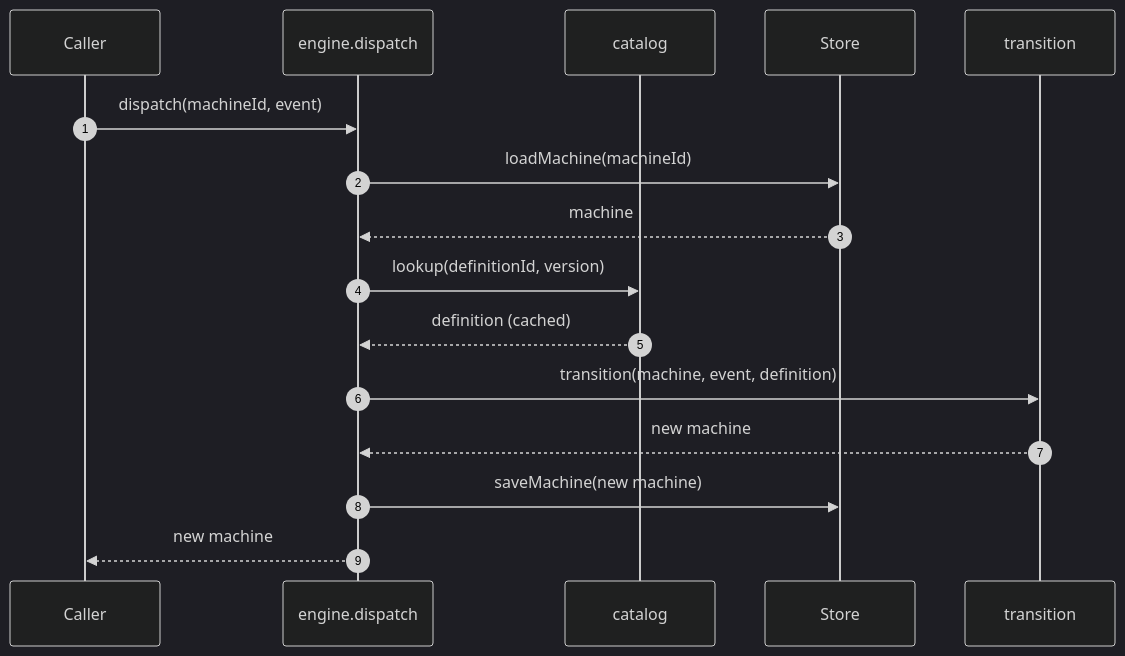
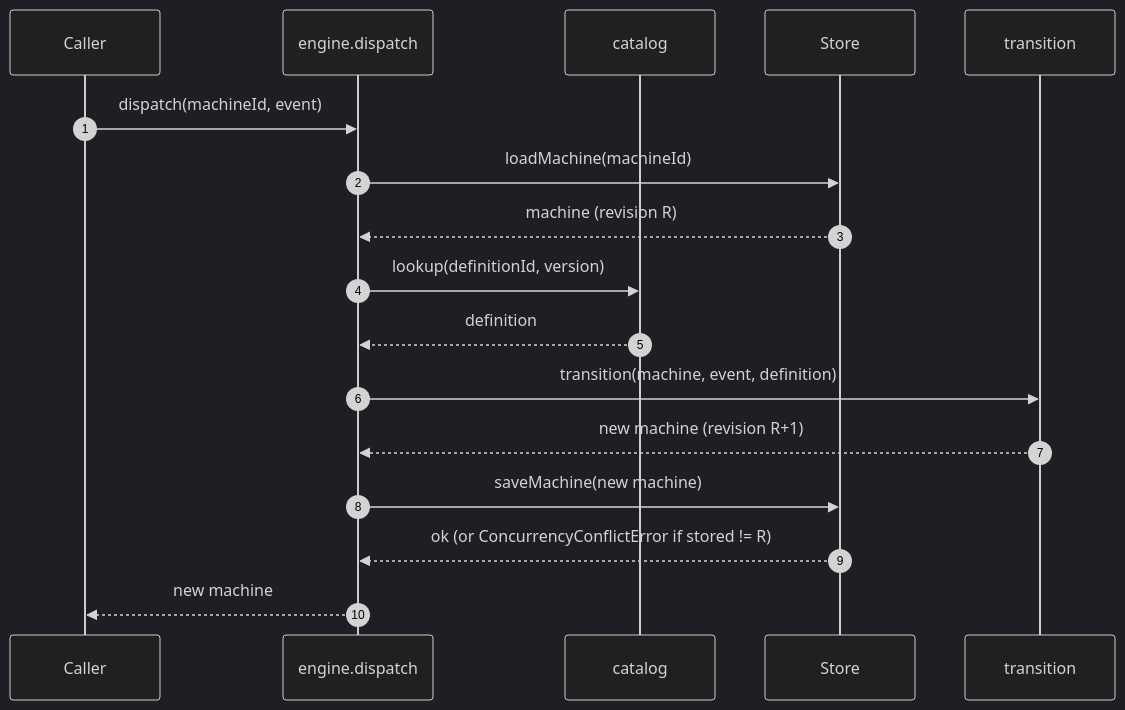
Before and after one commit to foreman-lab/handbook: the second of 3 diagrams in architecture.md, drawn with Mermaid (dark theme). The commit also changed other lines of this file, not shown here.

First line of the commit message:
docs: polish state machine module + declare extension points

````diff
--- a/architecture.md
+++ b/architecture.md
@@ -276,19 +296,20 @@
 ```mermaid
 sequenceDiagram
     autonumber
     participant C as Caller
     participant E as engine.dispatch
     participant Cat as catalog
     participant S as Store
     participant Dom as transition
 
     C->>E: dispatch(machineId, event)
     E->>S: loadMachine(machineId)
-    S-->>E: machine
+    S-->>E: machine (revision R)
     E->>Cat: lookup(definitionId, version)
-    Cat-->>E: definition (cached)
+    Cat-->>E: definition
     E->>Dom: transition(machine, event, definition)
-    Dom-->>E: new machine
+    Dom-->>E: new machine (revision R+1)
     E->>S: saveMachine(new machine)
+    S-->>E: ok (or ConcurrencyConflictError if stored != R)
     E-->>C: new machine
 ```
````
